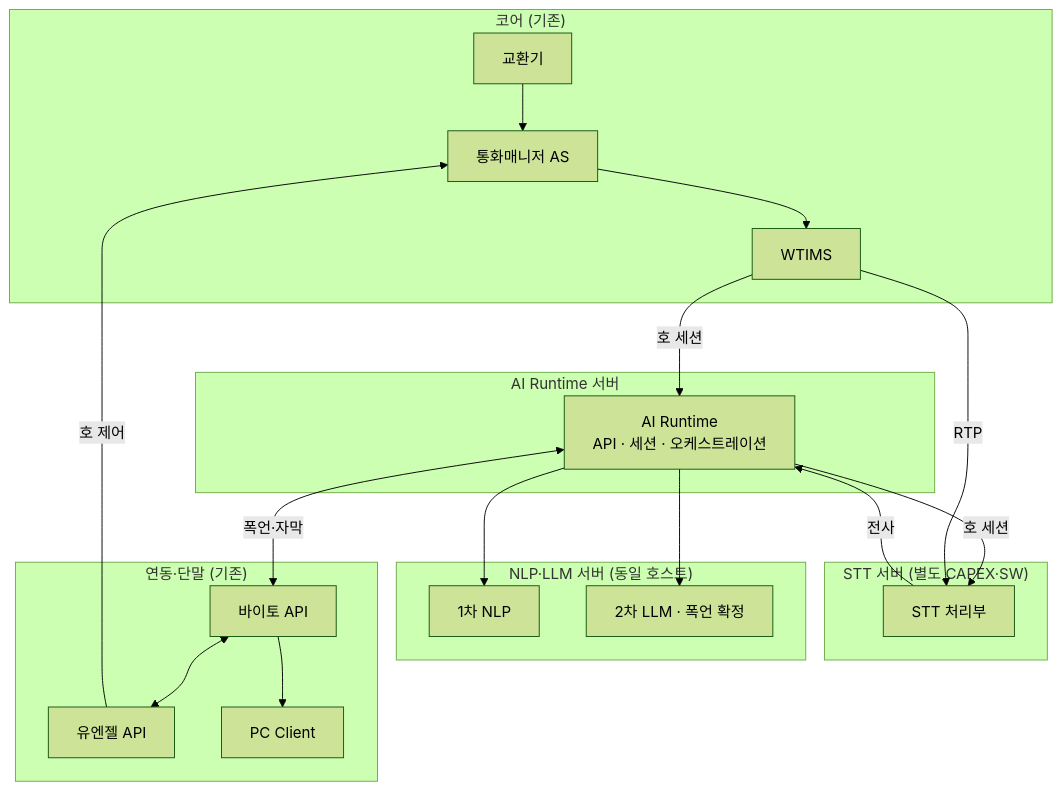
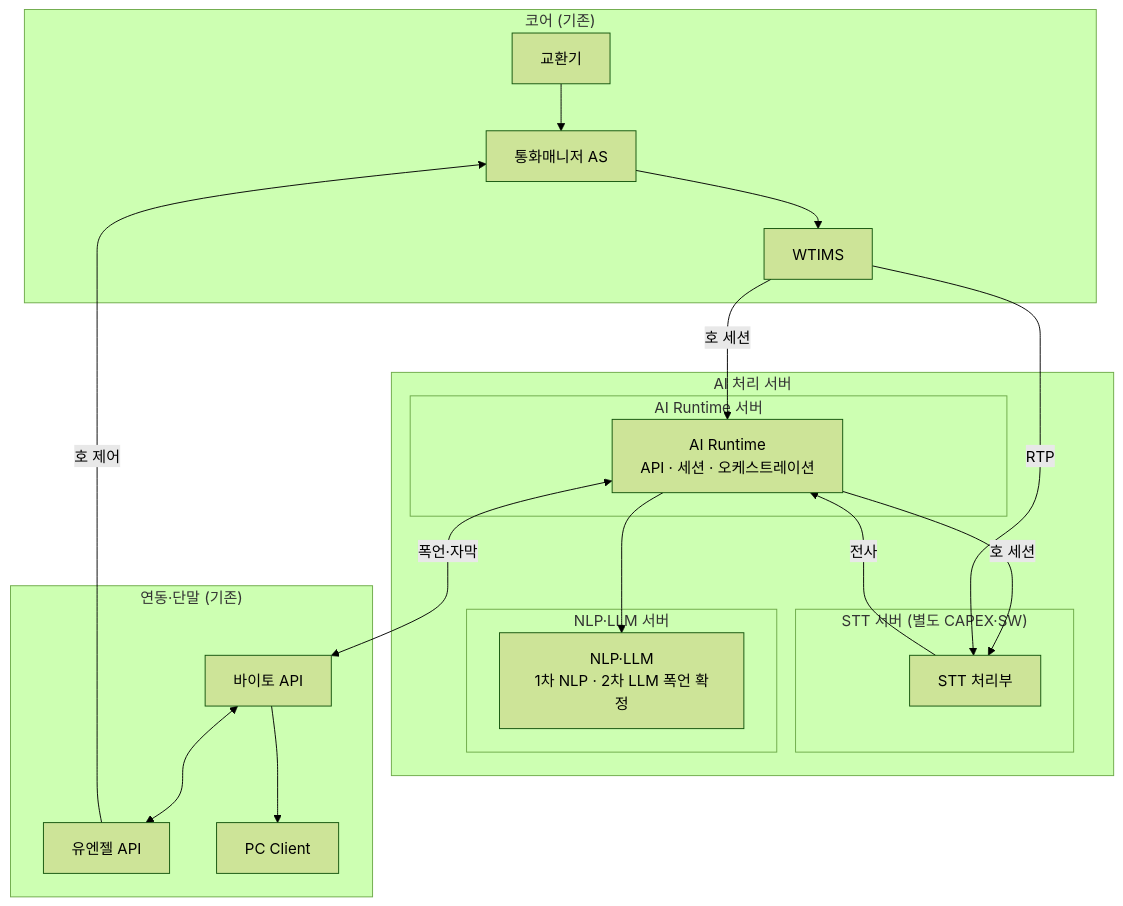
Before and after one commit to hak023/agentic_ai_callbot: the second of 2 diagrams in docs/architecture/minimal-stt-profanity-baseline-architecture.md, drawn with Mermaid (forest theme). The commit also changed other lines of this file, not shown here.

Commit message:
docs: baseline 2.2 - AI zone with unified NLP-LLM

````diff
--- a/docs/architecture/minimal-stt-profanity-baseline-architecture.md
+++ b/docs/architecture/minimal-stt-profanity-baseline-architecture.md
@@ -116,37 +117,35 @@
 ```mermaid
 flowchart TB
     subgraph CORE["코어 (기존)"]
         EX[교환기] --> CM[통화매니저 AS]
         CM --> WT[WTIMS]
     end
 
-    subgraph SRV_RT["AI Runtime 서버"]
-        RT[AI Runtime<br/>API · 세션 · 오케스트레이션]
-    end
-
-    subgraph SRV_STT["STT 서버 (별도 CAPEX·SW)"]
-        STT[STT 처리부]
-    end
-
-    subgraph SRV_ML["NLP·LLM 서버 (동일 호스트)"]
-        NLP[1차 NLP]
-        LLM[2차 LLM · 폭언 확정]
+    subgraph AI["AI 처리 서버"]
+        subgraph SRV_RT["AI Runtime 서버"]
+            RT[AI Runtime<br/>API · 세션 · 오케스트레이션]
+        end
+        subgraph SRV_STT["STT 서버 (별도 CAPEX·SW)"]
+            STT[STT 처리부]
+        end
+        subgraph SRV_ML["NLP·LLM 서버"]
+            ML[NLP·LLM<br/>1차 NLP · 2차 LLM 폭언 확정]
+        end
     end
 
     subgraph EXT["연동·단말 (기존)"]
         B[바이토 API]
         U[유엔젤 API]
         PC[PC Client]
     end
 
     WT -->|호 세션| RT
     RT -->|호 세션| STT
     WT -->|RTP| STT
     STT -->|전사| RT
-    RT --> NLP
-    RT --> LLM
+    RT --> ML
     RT <-->|폭언·자막| B
     B <--> U
     U -->|호 제어| CM
     B --> PC
 ```
````
